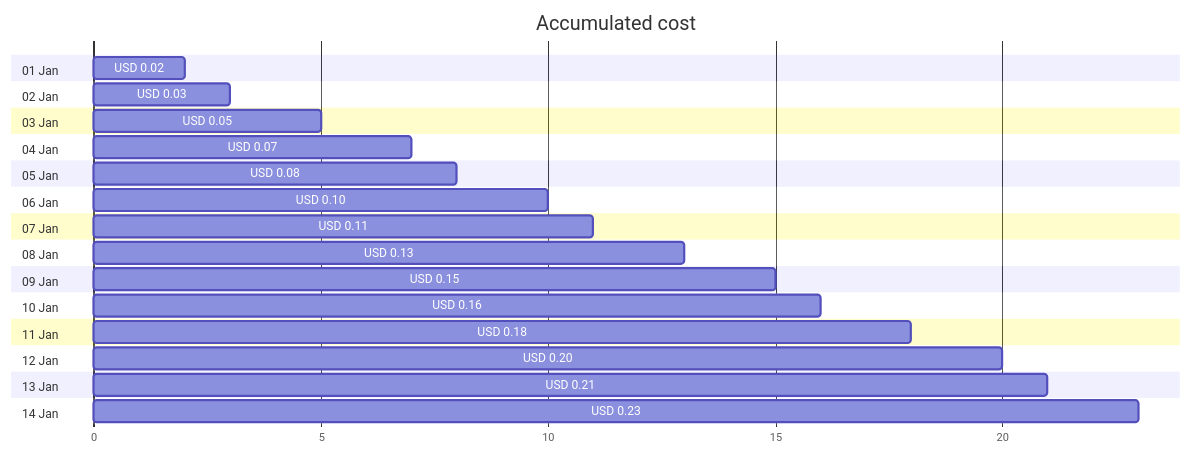
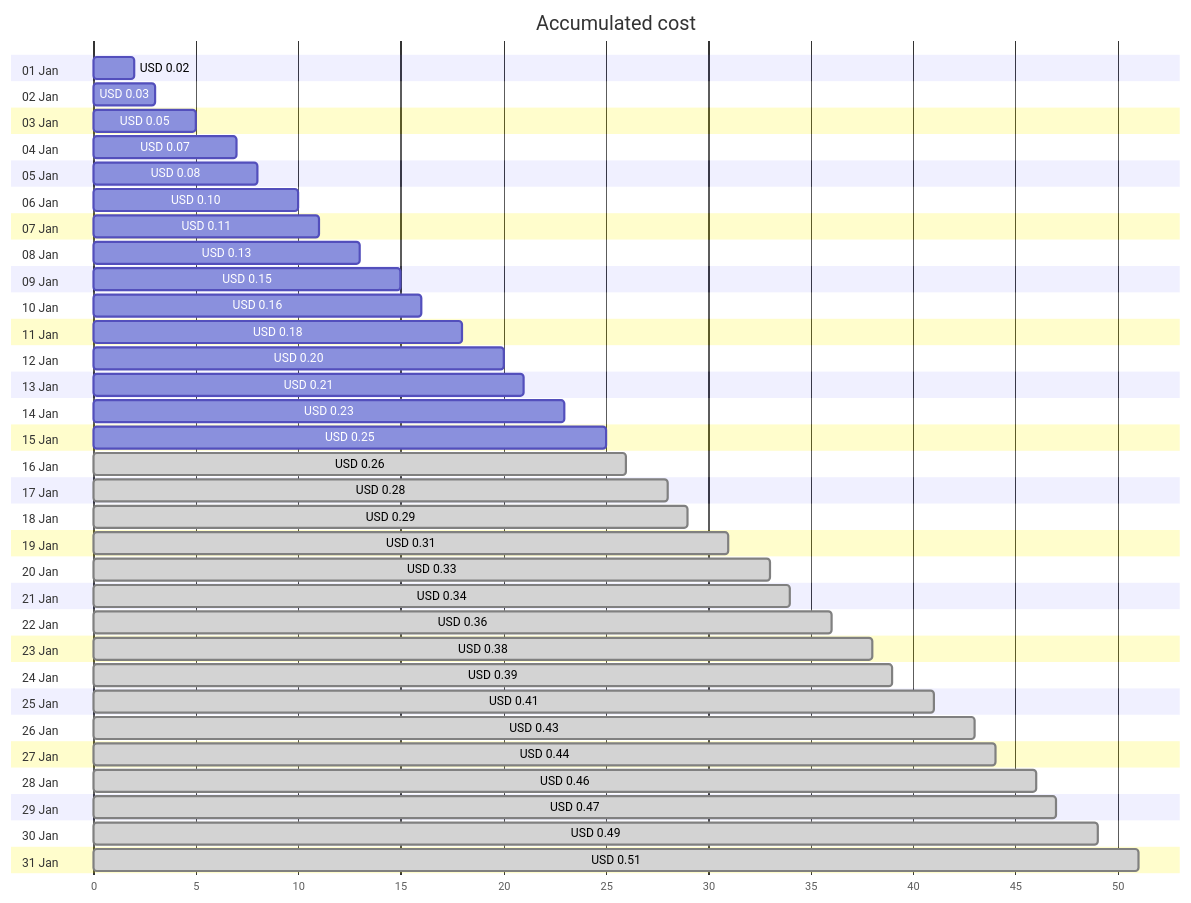
The first of 4 diagrams in cost-reports/personal-dns/jpatrickfulton.com.md (jpfulton/azure-personal-reports), drawn with Mermaid before and after one commit. The commit also changed other lines of this file and 2 other files, not shown here.

Commit message:
Generated reports [skip ci]

````diff
--- a/cost-reports/personal-dns/jpatrickfulton.com.md
+++ b/cost-reports/personal-dns/jpatrickfulton.com.md
@@ -20,34 +20,68 @@
 ```mermaid
 gantt
    title Accumulated cost
    dateFormat  X
    axisFormat %s
    section 01 Jan
    USD 0.02 :0, 2
    section 02 Jan
    USD 0.03 :0, 3
    section 03 Jan
    USD 0.05 :0, 5
    section 04 Jan
    USD 0.07 :0, 7
    section 05 Jan
    USD 0.08 :0, 8
    section 06 Jan
    USD 0.10 :0, 10
    section 07 Jan
    USD 0.11 :0, 11
    section 08 Jan
    USD 0.13 :0, 13
    section 09 Jan
    USD 0.15 :0, 15
    section 10 Jan
    USD 0.16 :0, 16
    section 11 Jan
    USD 0.18 :0, 18
    section 12 Jan
    USD 0.20 :0, 20
    section 13 Jan
    USD 0.21 :0, 21
    section 14 Jan
    USD 0.23 :0, 23
+   section 15 Jan
+   USD 0.25 :0, 25
+   section 16 Jan
+   USD 0.26 : done, 0, 26
+   section 17 Jan
+   USD 0.28 : done, 0, 28
+   section 18 Jan
+   USD 0.29 : done, 0, 29
+   section 19 Jan
+   USD 0.31 : done, 0, 31
+   section 20 Jan
+   USD 0.33 : done, 0, 33
+   section 21 Jan
+   USD 0.34 : done, 0, 34
+   section 22 Jan
+   USD 0.36 : done, 0, 36
+   section 23 Jan
+   USD 0.38 : done, 0, 38
+   section 24 Jan
+   USD 0.39 : done, 0, 39
+   section 25 Jan
+   USD 0.41 : done, 0, 41
+   section 26 Jan
+   USD 0.43 : done, 0, 43
+   section 27 Jan
+   USD 0.44 : done, 0, 44
+   section 28 Jan
+   USD 0.46 : done, 0, 46
+   section 29 Jan
+   USD 0.47 : done, 0, 47
+   section 30 Jan
+   USD 0.49 : done, 0, 49
+   section 31 Jan
+   USD 0.51 : done, 0, 51
 ```
````
